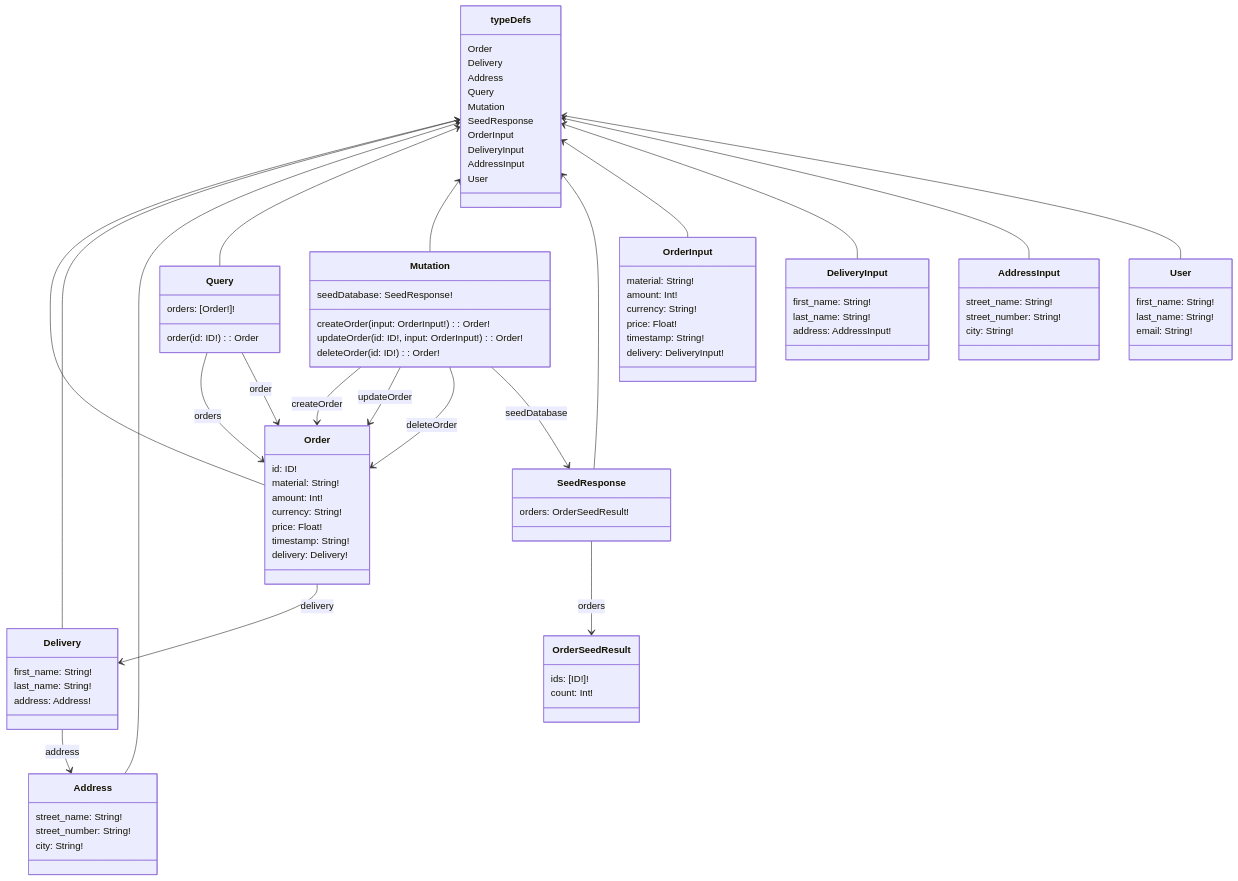
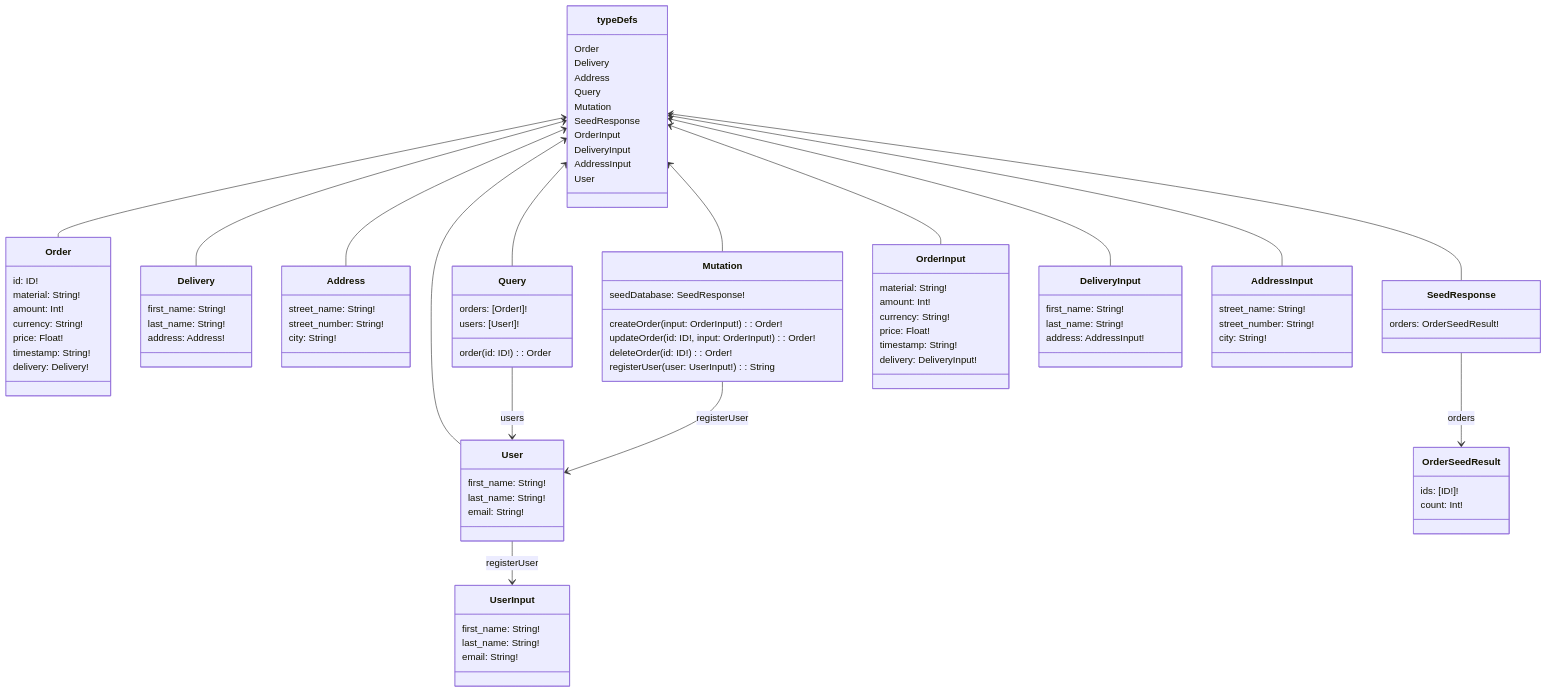
The diagram in README.md (Wao-course/Ex_7), drawn with Mermaid before and after one commit. The commit also changed other lines of this file and 6 other files, not shown here.

```diff
--- a/README.md
+++ b/README.md
@@ -38,10 +38,17 @@
         street_number: String!
         city: String!
     }
+
+    class User {
+        first_name: String!
+        last_name: String!
+        email: String!
+    }
     
     class Query {
         orders: [Order!]!
         order(id: ID!): Order
+        users: [User!]!
     }
     
     class Mutation {
@@ -49,6 +56,7 @@
         updateOrder(id: ID!, input: OrderInput!): Order!
         deleteOrder(id: ID!): Order!
         seedDatabase: SeedResponse!
+        registerUser(user: UserInput!): String
     }
     
     class SeedResponse {
@@ -81,7 +89,7 @@
         city: String!
     }
 
-    class User {
+    class UserInput {
         first_name: String!
         last_name: String!
         email: String!
@@ -97,15 +105,9 @@
     typeDefs <-- DeliveryInput
     typeDefs <-- AddressInput
     typeDefs <-- User
-    
-    Order --> Delivery: delivery
-    Delivery --> Address: address
-    Query --> Order: orders
-    Query --> Order: order
-    Mutation --> Order: createOrder
-    Mutation --> Order: updateOrder
-    Mutation --> Order: deleteOrder
-    Mutation --> SeedResponse: seedDatabase
+    Query --> User: users
+    Mutation --> User: registerUser
+    User --> UserInput: registerUser
     SeedResponse --> OrderSeedResult: orders
 
 
```
